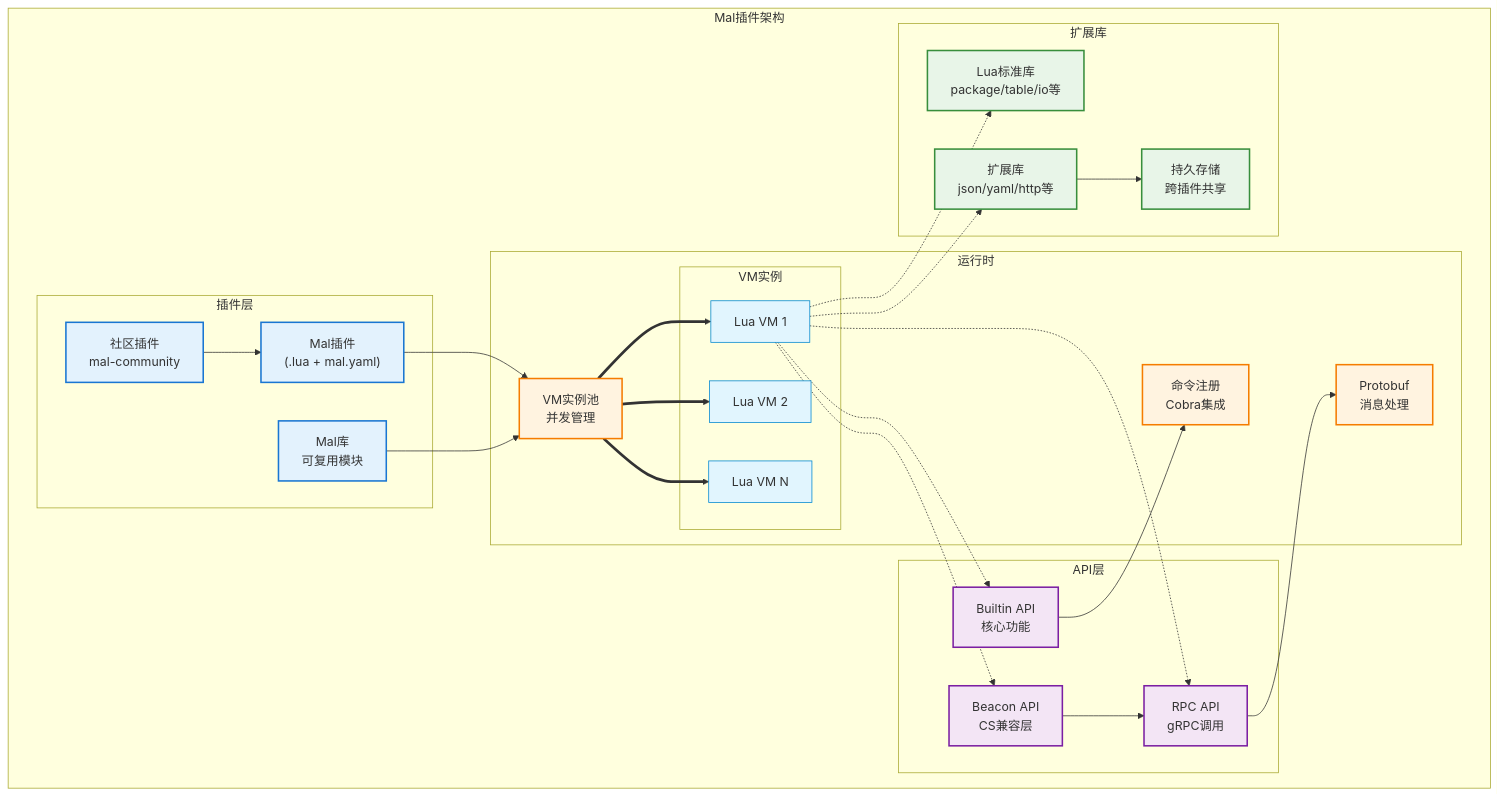
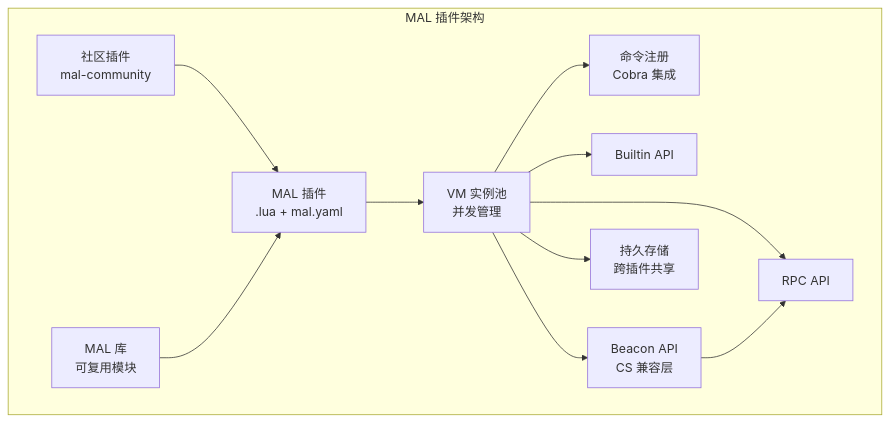
One commit to H1d3r/malice-network changed the fourth of 4 diagrams in docs/concept.md. Above: the diagram before and after it, drawn with Mermaid. The commit also changed other lines of this file and 81 other files, not shown here.

````diff
--- a/docs/concept.md
+++ b/docs/concept.md
@@ -602,70 +278,25 @@
 ```mermaid
 graph TB
-    subgraph "Mal插件架构"
-        subgraph "插件层"
-            Plugin["Mal插件<br/>(.lua + mal.yaml)"]
-            Library["Mal库<br/>可复用模块"]
-            Community["社区插件<br/>mal-community"]
-        end
+    subgraph "MAL 插件架构"
+        Plugin["MAL 插件<br/>.lua + mal.yaml"]
+        Library["MAL 库<br/>可复用模块"]
+        Community["社区插件<br/>mal-community"]
 
-        subgraph "运行时"
-            VMPool["VM实例池<br/>并发管理"]
-            subgraph "VM实例"
-                LuaVM1["Lua VM 1"]
-                LuaVM2["Lua VM 2"]
-                LuaVMN["Lua VM N"]
-            end
-            Registry["命令注册<br/>Cobra集成"]
-            Protobuf["Protobuf<br/>消息处理"]
-        end
-
-        subgraph "API层"
-            Builtin["Builtin API<br/>核心功能"]
-            RPC["RPC API<br/>gRPC调用"]
-            Beacon["Beacon API<br/>CS兼容层"]
-        end
-
-        subgraph "扩展库"
-            StdLib["Lua标准库<br/>package/table/io等"]
-            ExtLib["扩展库<br/>json/yaml/http等"]
-            Storage["持久存储<br/>跨插件共享"]
-        end
+        VMPool["VM 实例池<br/>并发管理"]
+        Registry["命令注册<br/>Cobra 集成"]
+        Builtin["Builtin API"]
+        RPC["RPC API"]
+        Beacon["Beacon API<br/>CS 兼容层"]
+        Storage["持久存储<br/>跨插件共享"]
     end
 
-    %% 插件加载流程
     Community --> Plugin
+    Library --> Plugin
     Plugin --> VMPool
-    Library --> VMPool
-
-    %% VM池管理
-    VMPool ==> LuaVM1
-    VMPool ==> LuaVM2
-    VMPool ==> LuaVMN
-
-    %% VM与API连接
-    LuaVM1 -.-> Builtin
-    LuaVM1 -.-> RPC
-    LuaVM1 -.-> Beacon
-
-    %% API内部关系
+    VMPool --> Registry
+    VMPool --> Builtin
+    VMPool --> RPC
+    VMPool --> Beacon
+    VMPool --> Storage
     Beacon --> RPC
-    RPC --> Protobuf
-    Builtin --> Registry
-
-    %% VM与扩展库连接
-    LuaVM1 -.-> StdLib
-    LuaVM1 -.-> ExtLib
-    ExtLib --> Storage
-
-    classDef pluginStyle fill:#e3f2fd,stroke:#1976d2,stroke-width:2px
-    classDef apiStyle fill:#f3e5f5,stroke:#7b1fa2,stroke-width:2px
-    classDef runtimeStyle fill:#fff3e0,stroke:#f57c00,stroke-width:2px
-    classDef vmStyle fill:#e1f5fe,stroke:#0288d1,stroke-width:1px
-    classDef extStyle fill:#e8f5e8,stroke:#388e3c,stroke-width:2px
-
-    class Plugin,Library,Community pluginStyle
-    class Builtin,RPC,Beacon apiStyle
-    class VMPool,Registry,Protobuf runtimeStyle
-    class LuaVM1,LuaVM2,LuaVMN vmStyle
-    class StdLib,ExtLib,Storage extStyle
 ```
````
